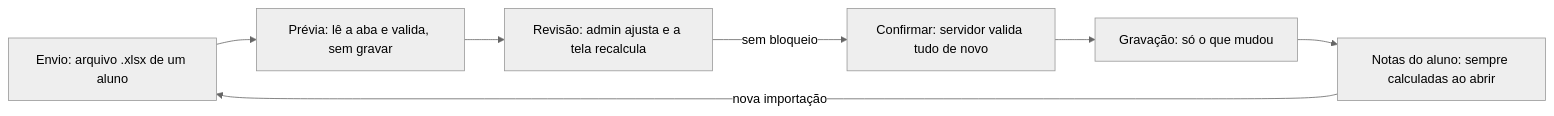
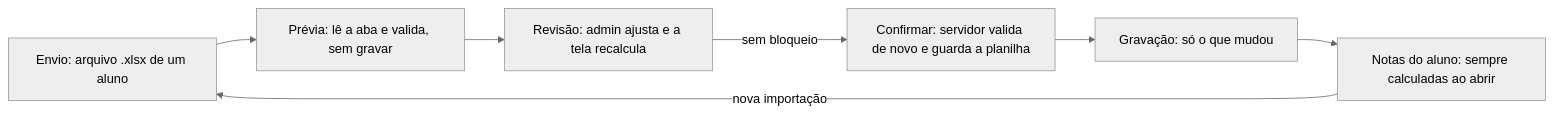
The diagram in docs/importacao-notas-excel.md (NotasMAX/notasmax-web-nosql), drawn with Mermaid (neutral theme) before and after one commit. The commit also changed other lines of this file and 23 other files, not shown here.

````diff
--- a/docs/importacao-notas-excel.md
+++ b/docs/importacao-notas-excel.md
@@ -34,9 +35,9 @@
 ```mermaid
 flowchart LR
     A["Envio: arquivo .xlsx de um aluno"] --> B["Prévia: lê a aba e valida, sem gravar"]
     B --> C["Revisão: admin ajusta e a tela recalcula"]
-    C -->|sem bloqueio| D["Confirmar: servidor valida tudo de novo"]
+    C -->|sem bloqueio| D["Confirmar: servidor valida de novo e guarda a planilha"]
     D --> E["Gravação: só o que mudou"]
     E --> F["Notas do aluno: sempre calculadas ao abrir"]
     F -->|nova importação| A
 ```
````
